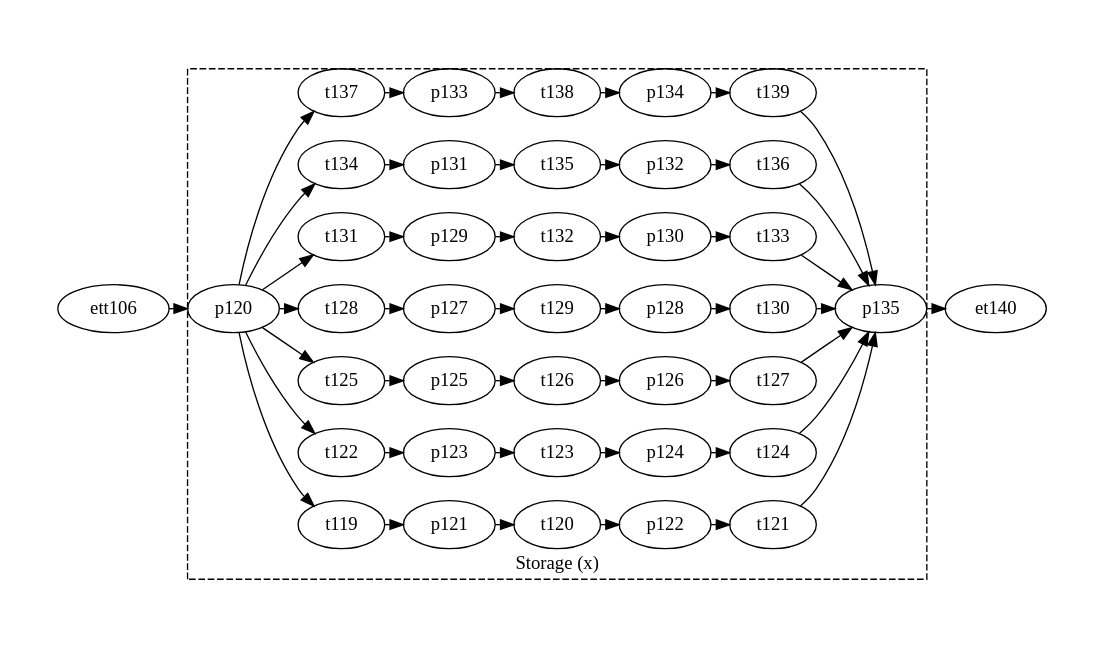
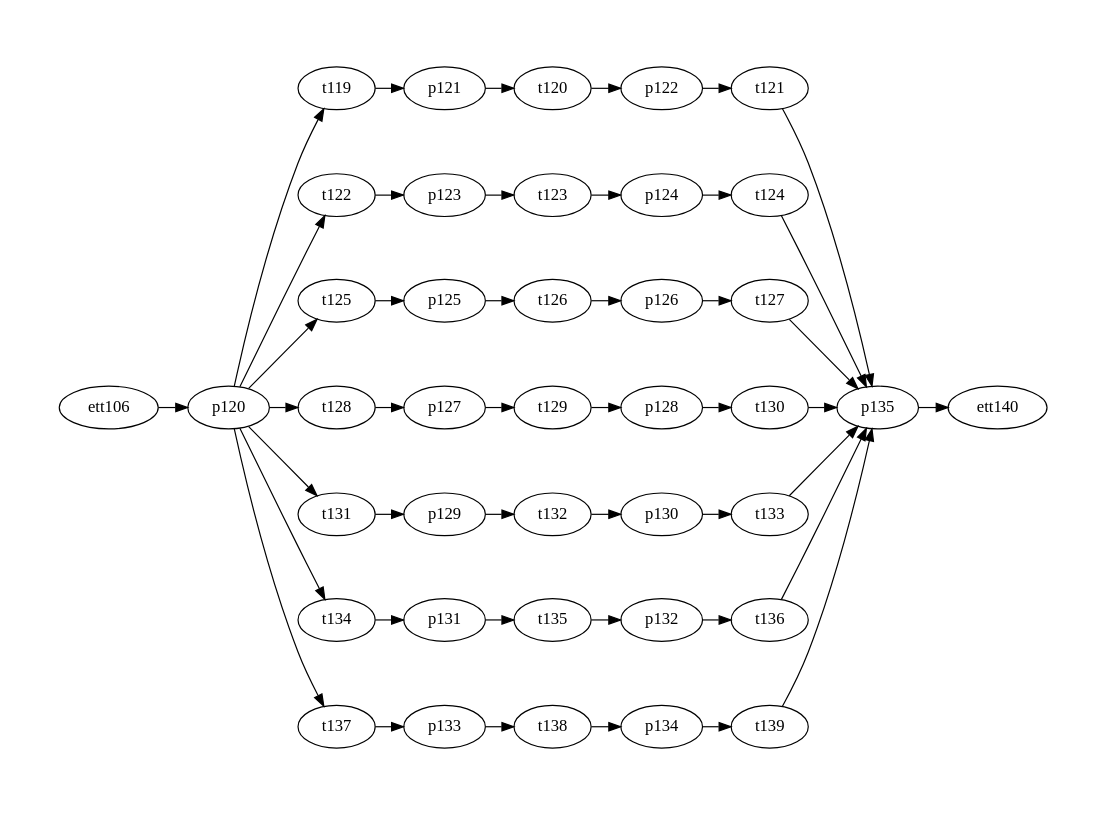
One commit to Accacio/docsTCC changed the diagram in figures/petriNets/dot/8-storageX/storageX.dot. Above: the diagram before and after it, drawn with Graphviz. The commit also changed 63 other files, not shown here.

```diff
--- a/figures/petriNets/dot/8-storageX/storageX.dot
+++ b/figures/petriNets/dot/8-storageX/storageX.dot
@@ -1,116 +1,117 @@
 
 digraph A {
     # splines = ortho
     rankdir=LR;
     ratio=fill
     graph [pad="0.5", nodesep="0.25", ranksep="0.2"];
     margin=0;
+    size="11.7,8.3!"
 
 # Módulo armazenador (x)
 
     p120
     p121
     p122
     p123
     p124
     p125
     p126
     p127
     p128
     p129
     p130
     p131
     p132
     p133
     p134
     p135
 
 
     t119
     t120
     t121
     t122
     t123
     t124
     t125
     t126
     t127
     t128
     t129
     t130
     t131
     t132
     t133
     t134
     t135
     t136
     t137
     t138
     t139
 
     
-subgraph cluster_8 {
-  label="Storage (x)";
-  labelloc = b
-  style="dashed"
+# subgraph cluster_8 {
+#   label="Storage (x)";
+#   labelloc = b
+#   style="dashed"
   # color="red"
 
   # pre
 
   p120 -> t119
   p120 -> t122
   p120 -> t125
   p120 -> t128
   p120 -> t131
   p120 -> t134
   p120 -> t137
 
   p121 -> t120
   p122 -> t121
   p123 -> t123
   p124 -> t124
   p125 -> t126
   p126 -> t127
   p127 -> t129
   p128 -> t130
   p129 -> t132
   p130 -> t133
   p131 -> t135
   p132 -> t136
   p133 -> t138
   p134 -> t139
 
 
   #pos
 
   t119 -> p121
   t120 -> p122
   t121 -> p135
   t122 -> p123
   t123 -> p124
   t124 -> p135
   t125 -> p125
   t126 -> p126
   t127 -> p135
   t128 -> p127
   t129 -> p128
   t130 -> p135
   t131 -> p129
   t132 -> p130
   t133 -> p135
   t134 -> p131
   t135 -> p132
   t136 -> p135
   t137 -> p133
   t138 -> p134
   t139 -> p135
 
 
 
-}
+# }
 ett106
 ett106 -> p120
 
-et140
-p135 ->  et140
+ett140
+p135 ->  ett140
 }
```
